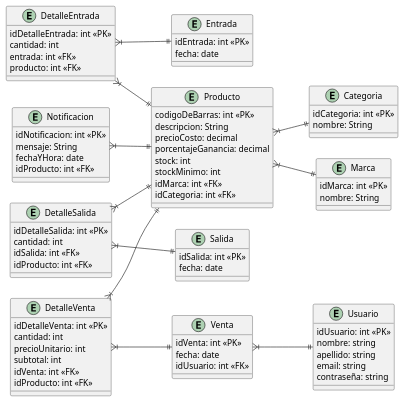
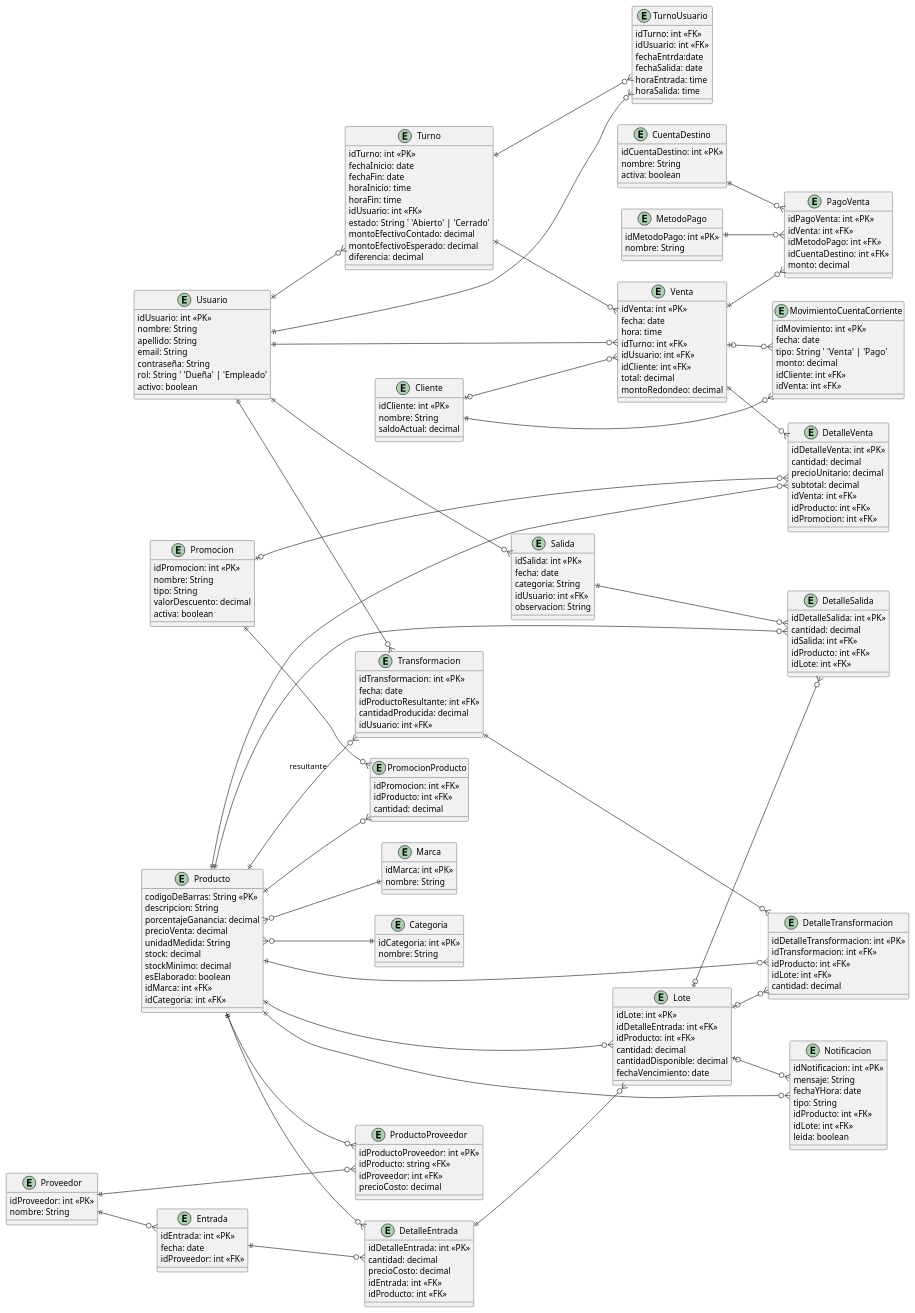
The diagram in Diagrama de Entidad Relacion.puml (MartinCostamagna/JAFF-Back), drawn with PlantUML before and after one commit. The commit also changed 157 other files, not shown here.

```diff
--- a/Diagrama de Entidad Relacion.puml
+++ b/Diagrama de Entidad Relacion.puml
@@ -1,12 +1,115 @@
 @startuml Diagrama de Entidad Relacion
 left to right direction
+entity Usuario {
+    idUsuario: int <<PK>>
+    nombre: String
+    apellido: String
+    email: String
+    contraseña: String
+    rol: String  ' 'Dueña' | 'Empleado'
+    activo: boolean
+}
+
+entity Turno {
+    idTurno: int <<PK>>
+    fechaInicio: date
+    fechaFin: date
+    horaInicio: time
+    horaFin: time
+    idUsuario: int <<FK>>
+    estado: String  ' 'Abierto' | 'Cerrado'
+    montoEfectivoContado: decimal
+    montoEfectivoEsperado: decimal
+    diferencia: decimal
+}
+
+entity TurnoUsuario {
+    idTurno: int <<FK>>
+    idUsuario: int <<FK>>
+    fechaEntrda:date
+    fechaSalida: date
+    horaEntrada: time
+    horaSalida: time
+}
+
+entity Venta {
+    idVenta: int <<PK>>
+    fecha: date
+    hora: time
+    idTurno: int <<FK>>
+    idUsuario: int <<FK>>
+    idCliente: int <<FK>>
+    total: decimal
+    montoRedondeo: decimal
+}
+
+entity PagoVenta {
+    idPagoVenta: int <<PK>>
+    idVenta: int <<FK>>
+    idMetodoPago: int <<FK>>
+    idCuentaDestino: int <<FK>>
+    monto: decimal
+}
+
+entity MetodoPago {
+    idMetodoPago: int <<PK>>
+    nombre: String
+}
+
+entity CuentaDestino {
+    idCuentaDestino: int <<PK>>
+    nombre: String
+    activa: boolean
+}
+
+entity DetalleVenta {
+    idDetalleVenta: int <<PK>>
+    cantidad: decimal
+    precioUnitario: decimal
+    subtotal: decimal
+    idVenta: int <<FK>>
+    idProducto: int <<FK>>
+    idPromocion: int <<FK>>
+}
+
+entity Promocion {
+    idPromocion: int <<PK>>
+    nombre: String
+    tipo: String
+    valorDescuento: decimal
+    activa: boolean
+}
+
+entity PromocionProducto {
+    idPromocion: int <<FK>>
+    idProducto: int <<FK>>
+    cantidad: decimal
+}
+
+entity Cliente {
+    idCliente: int <<PK>>
+    nombre: String
+    saldoActual: decimal
+}
+
+entity MovimientoCuentaCorriente {
+    idMovimiento: int <<PK>>
+    fecha: date
+    tipo: String  ' 'Venta' | 'Pago'
+    monto: decimal
+    idCliente: int <<FK>>
+    idVenta: int <<FK>>
+}
+
 entity Producto {
-    codigoDeBarras: int <<PK>>
+    codigoDeBarras: String <<PK>>
     descripcion: String
-    precioCosto: decimal
     porcentajeGanancia: decimal
-    stock: int
-    stockMinimo: int
+    precioVenta: decimal
+    unidadMedida: String
+    stock: decimal
+    stockMinimo: decimal
+    esElaborado: boolean
     idMarca: int <<FK>>
     idCategoria: int <<FK>>
 }
@@ -21,69 +124,129 @@
     nombre: String
 }
 
+entity ProductoProveedor {
+    idProductoProveedor: int <<PK>>
+    idProducto: string <<FK>>
+    idProveedor: int <<FK>>
+    precioCosto: decimal
+}
+
+entity Proveedor {
+    idProveedor: int <<PK>>
+    nombre: String
+}
+
 entity Entrada {
     idEntrada: int <<PK>>
     fecha: date
+    idProveedor: int <<FK>>
 }
 
 entity DetalleEntrada {
     idDetalleEntrada: int <<PK>>
-    cantidad: int
-    entrada: int <<FK>>
-    producto: int <<FK>>
+    cantidad: decimal
+    precioCosto: decimal
+    idEntrada: int <<FK>>
+    idProducto: int <<FK>>
+}
+
+entity Lote {
+    idLote: int <<PK>>
+    idDetalleEntrada: int <<FK>>
+    idProducto: int <<FK>>
+    cantidad: decimal
+    cantidadDisponible: decimal
+    fechaVencimiento: date
 }
 
 entity Salida {
     idSalida: int <<PK>>
     fecha: date
+    categoria: String
+    idUsuario: int <<FK>>
+    observacion: String
 }
 
 entity DetalleSalida {
     idDetalleSalida: int <<PK>>
-    cantidad: int
+    cantidad: decimal
     idSalida: int <<FK>>
     idProducto: int <<FK>>
+    idLote: int <<FK>>
 }
 
-entity Usuario {
-    idUsuario: int <<PK>>
-    nombre: string
-    apellido: string
-    email: string
-    contraseña: string
-}
-
-entity Venta {
-    idVenta: int <<PK>>
+entity Transformacion {
+    idTransformacion: int <<PK>>
     fecha: date
+    idProductoResultante: int <<FK>>
+    cantidadProducida: decimal
     idUsuario: int <<FK>>
 }
 
-entity DetalleVenta {
-    idDetalleVenta: int <<PK>>
-    cantidad: int
-    precioUnitario: int
-    subtotal: int
-    idVenta: int <<FK>>
+entity DetalleTransformacion {
+    idDetalleTransformacion: int <<PK>>
+    idTransformacion: int <<FK>>
     idProducto: int <<FK>>
+    idLote: int <<FK>>
+    cantidad: decimal
 }
 
 entity Notificacion {
     idNotificacion: int <<PK>>
     mensaje: String
     fechaYHora: date
+    tipo: String
     idProducto: int <<FK>>
+    idLote: int <<FK>>
+    leida: boolean
 }
 
-Producto }|--|| Marca
-Producto }|--|| Categoria
-DetalleEntrada }|--|| Entrada
-DetalleEntrada }|--|| Producto
-DetalleSalida }|--|| Salida
-DetalleSalida }|--|| Producto
-DetalleVenta }|--|| Venta
-DetalleVenta }|--|| Producto
-Venta }|--|| Usuario
-Notificacion }|--|| Producto
+Usuario ||--o{ Turno
+Turno ||--o{ TurnoUsuario
+Usuario ||--o{ TurnoUsuario
+
+Turno ||--o{ Venta
+Usuario ||--o{ Venta
+Cliente |o--o{ Venta
+
+Venta ||--o{ PagoVenta
+MetodoPago ||--o{ PagoVenta
+CuentaDestino ||--o{ PagoVenta
+
+Venta ||--o{ DetalleVenta
+Producto ||--o{ DetalleVenta
+Promocion |o--o{ DetalleVenta
+
+Promocion ||--o{ PromocionProducto
+Producto ||--o{ PromocionProducto
+
+Cliente ||--o{ MovimientoCuentaCorriente
+Venta |o--o{ MovimientoCuentaCorriente
+
+Producto }o--|| Marca
+Producto }o--|| Categoria
+
+Producto ||--o{ ProductoProveedor
+Proveedor ||--o{ ProductoProveedor
+
+Proveedor ||--o{ Entrada
+Entrada ||--o{ DetalleEntrada
+Producto ||--o{ DetalleEntrada
+DetalleEntrada ||--o{ Lote
+Producto ||--o{ Lote
+
+Usuario ||--o{ Salida
+Salida ||--o{ DetalleSalida
+Producto ||--o{ DetalleSalida
+Lote |o--o{ DetalleSalida
+
+Producto ||--o{ Transformacion : "resultante"
+Usuario ||--o{ Transformacion
+Transformacion ||--o{ DetalleTransformacion
+Producto ||--o{ DetalleTransformacion
+Lote |o--o{ DetalleTransformacion
+
+Producto ||--o{ Notificacion
+Lote |o--o{ Notificacion
 
 @enduml
```
